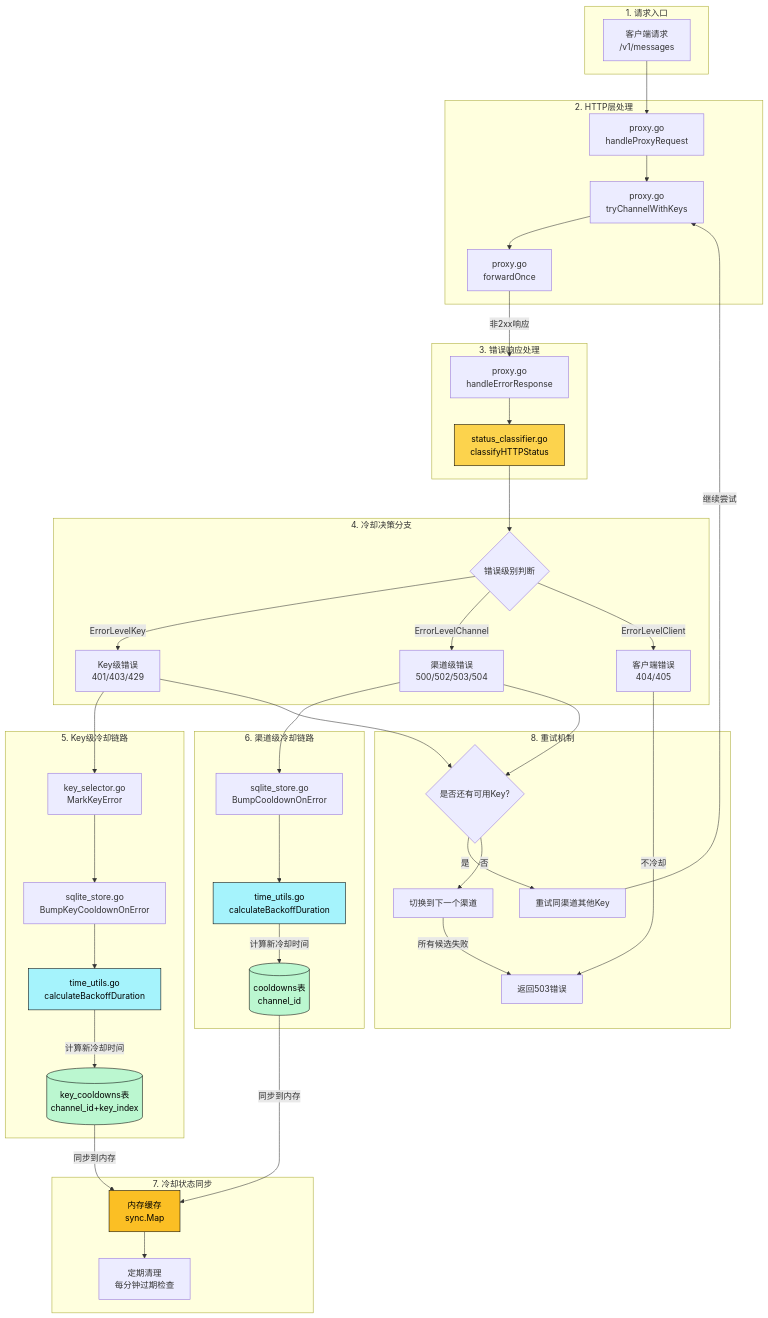
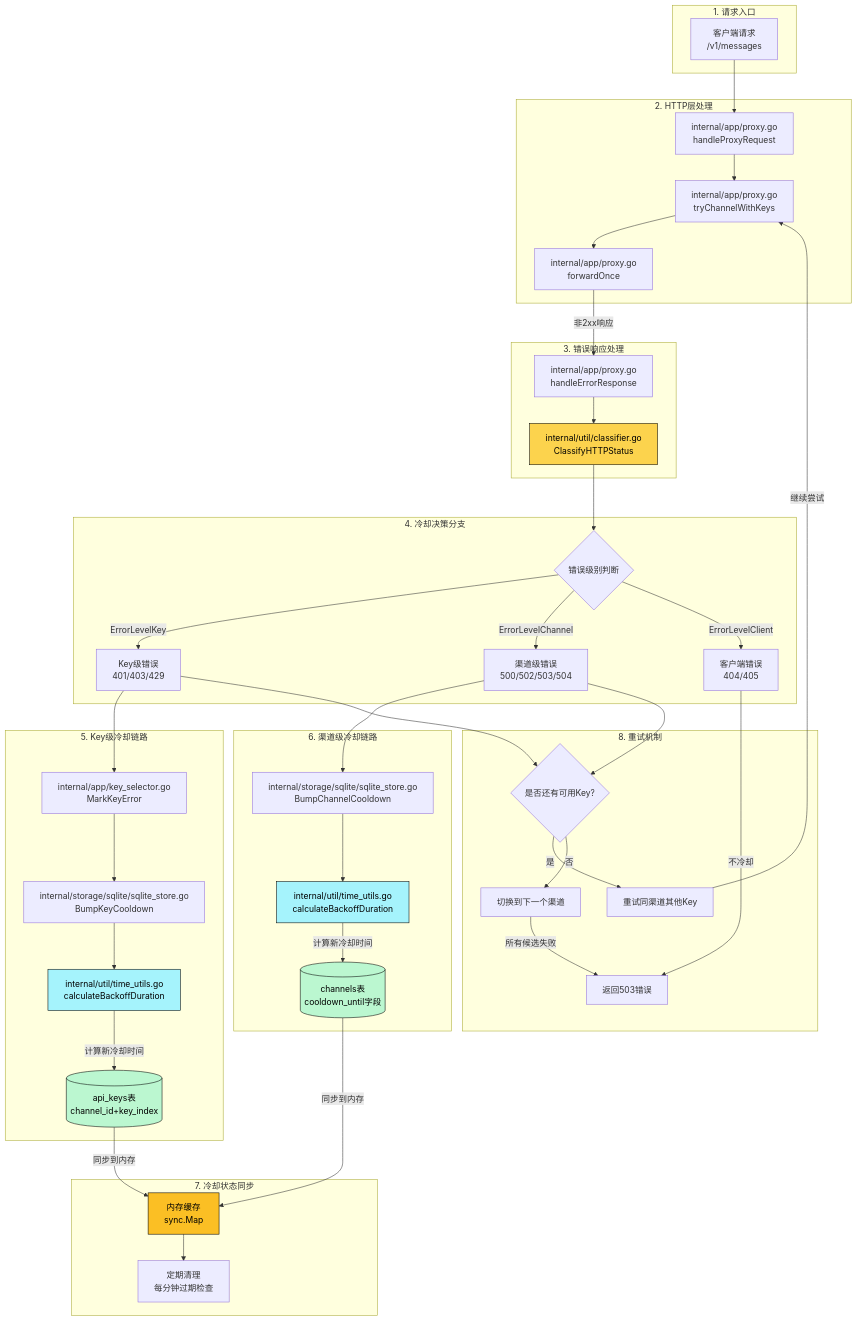
Before and after one commit to caidaoli/ccLoad: the second of 2 diagrams in CLAUDE.md, drawn with Mermaid. The commit also changed other lines of this file, not shown here.

```diff
--- a/CLAUDE.md
+++ b/CLAUDE.md
@@ -307,14 +324,14 @@
     end
 
     subgraph "2. HTTP层处理"
-        B[proxy.go<br/>handleProxyRequest]
-        C[proxy.go<br/>tryChannelWithKeys]
-        D[proxy.go<br/>forwardOnce]
+        B[internal/app/proxy.go<br/>handleProxyRequest]
+        C[internal/app/proxy.go<br/>tryChannelWithKeys]
+        D[internal/app/proxy.go<br/>forwardOnce]
     end
 
     subgraph "3. 错误响应处理"
-        E[proxy.go<br/>handleErrorResponse]
-        F[status_classifier.go<br/>classifyHTTPStatus]
+        E[internal/app/proxy.go<br/>handleErrorResponse]
+        F[internal/util/classifier.go<br/>ClassifyHTTPStatus]
     end
 
     subgraph "4. 冷却决策分支"
@@ -325,16 +342,16 @@
     end
 
     subgraph "5. Key级冷却链路"
-        K[key_selector.go<br/>MarkKeyError]
-        L[sqlite_store.go<br/>BumpKeyCooldownOnError]
-        M[time_utils.go<br/>calculateBackoffDuration]
-        N[(key_cooldowns表<br/>channel_id+key_index)]
+        K[internal/app/key_selector.go<br/>MarkKeyError]
+        L[internal/storage/sqlite/sqlite_store.go<br/>BumpKeyCooldown]
+        M[internal/util/time_utils.go<br/>calculateBackoffDuration]
+        N[(api_keys表<br/>channel_id+key_index)]
     end
 
     subgraph "6. 渠道级冷却链路"
-        O[sqlite_store.go<br/>BumpCooldownOnError]
-        P[time_utils.go<br/>calculateBackoffDuration]
-        Q[(cooldowns表<br/>channel_id)]
+        O[internal/storage/sqlite/sqlite_store.go<br/>BumpChannelCooldown]
+        P[internal/util/time_utils.go<br/>calculateBackoffDuration]
+        Q[(channels表<br/>cooldown_until字段)]
     end
 
     subgraph "7. 冷却状态同步"
```
